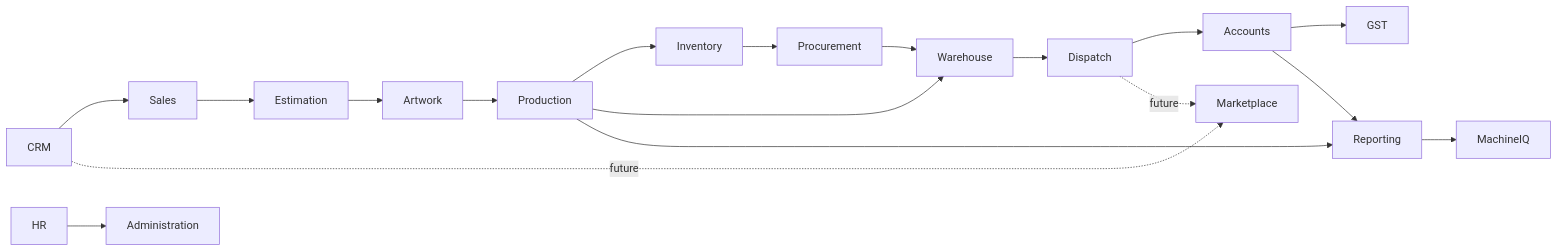
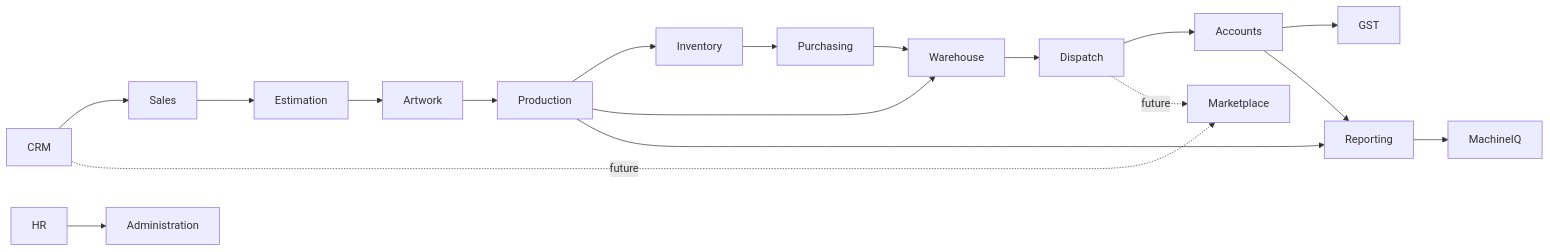
One commit to ganapathyvijai/printos changed the diagram in docs/blueprint/06_Bounded_Contexts.md. Above: the diagram before and after it, drawn with Mermaid. The commit also changed other lines of this file and 12 other files, not shown here.

````diff
--- a/docs/blueprint/06_Bounded_Contexts.md
+++ b/docs/blueprint/06_Bounded_Contexts.md
@@ -41,20 +41,20 @@
 ```mermaid
 flowchart LR
     CRM --> Sales
     Sales --> Estimation
     Estimation --> Artwork
     Artwork --> Production
     Production --> Inventory
-    Inventory --> Procurement
-    Procurement --> Warehouse
+    Inventory --> Purchasing
+    Purchasing --> Warehouse
     Production --> Warehouse
     Warehouse --> Dispatch
     Dispatch --> Accounts
     Accounts --> GST
     Production --> Reporting
     Accounts --> Reporting
     HR --> Administration
     Reporting --> MachineIQ
     Dispatch -.future.-> Marketplace
     CRM -.future.-> Marketplace
 ```
````
